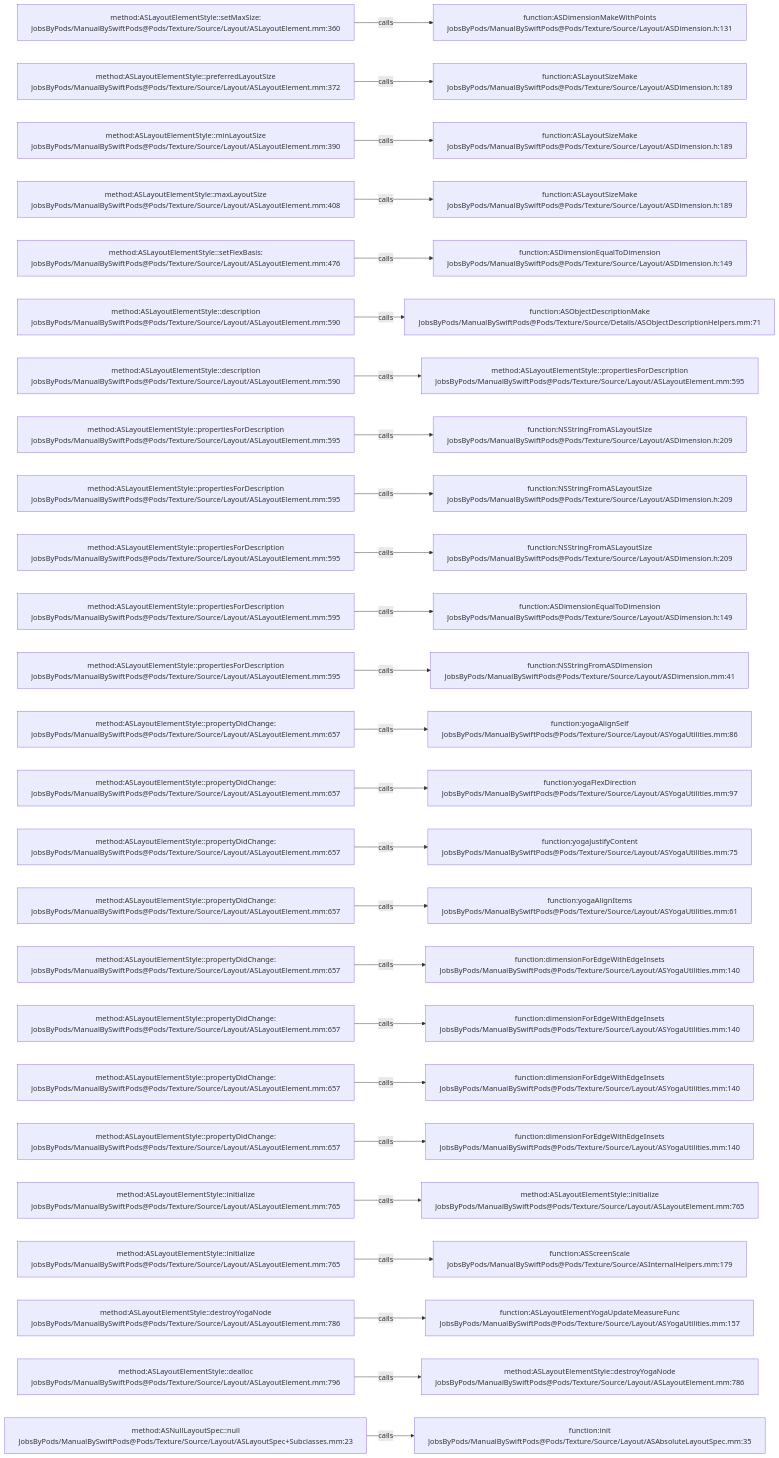
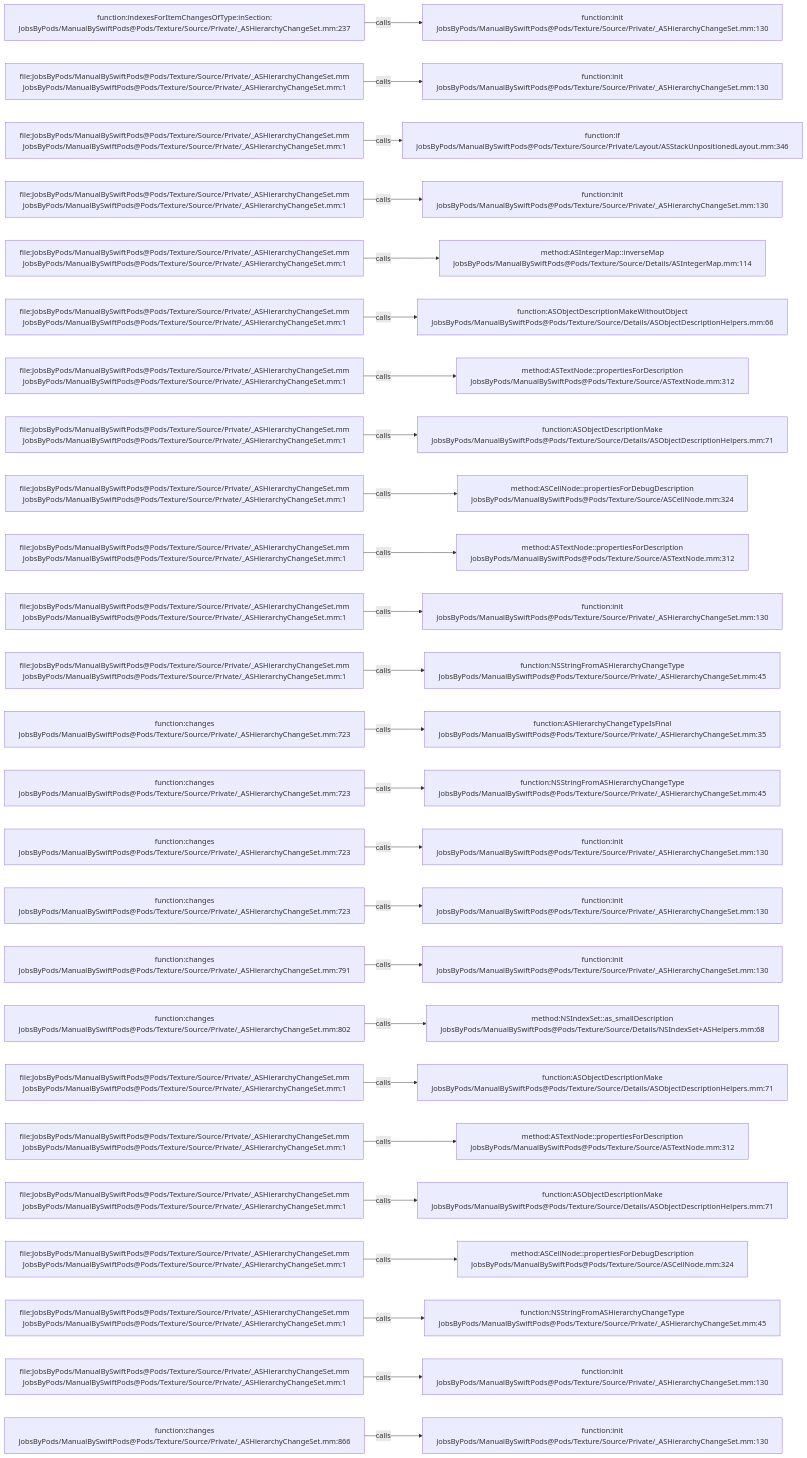
The diagram in .codegraph/codegraph.md/graphs/calls-129.md (JobsKits/JobsSwiftBaseConfigDemo), drawn with Mermaid before and after one commit. The commit also changed 832 other files, not shown here.

````diff
--- a/.codegraph/codegraph.md/graphs/calls-129.md
+++ b/.codegraph/codegraph.md/graphs/calls-129.md
@@ -13,78 +13,78 @@
 ```mermaid
 flowchart LR
-  S1["method:ASLayoutElementStyle::setMaxSize:<br/>JobsByPods/ManualBySwiftPods@Pods/Texture/Source/Layout/ASLayoutElement.mm:360"]
-  T1["function:ASDimensionMakeWithPoints<br/>JobsByPods/ManualBySwiftPods@Pods/Texture/Source/Layout/ASDimension.h:131"]
+  S1["function:indexesForItemChangesOfType:inSection:<br/>JobsByPods/ManualBySwiftPods@Pods/Texture/Source/Private/_ASHierarchyChangeSet.mm:237"]
+  T1["function:init<br/>JobsByPods/ManualBySwiftPods@Pods/Texture/Source/Private/_ASHierarchyChangeSet.mm:130"]
   S1 -->|calls| T1
-  S2["method:ASLayoutElementStyle::preferredLayoutSize<br/>JobsByPods/ManualBySwiftPods@Pods/Texture/Source/Layout/ASLayoutElement.mm:372"]
-  T2["function:ASLayoutSizeMake<br/>JobsByPods/ManualBySwiftPods@Pods/Texture/Source/Layout/ASDimension.h:189"]
+  S2["file:JobsByPods/ManualBySwiftPods@Pods/Texture/Source/Private/_ASHierarchyChangeSet.mm<br/>JobsByPods/ManualBySwiftPods@Pods/Texture/Source/Private/_ASHierarchyChangeSet.mm:1"]
+  T2["function:init<br/>JobsByPods/ManualBySwiftPods@Pods/Texture/Source/Private/_ASHierarchyChangeSet.mm:130"]
   S2 -->|calls| T2
-  S3["method:ASLayoutElementStyle::minLayoutSize<br/>JobsByPods/ManualBySwiftPods@Pods/Texture/Source/Layout/ASLayoutElement.mm:390"]
-  T3["function:ASLayoutSizeMake<br/>JobsByPods/ManualBySwiftPods@Pods/Texture/Source/Layout/ASDimension.h:189"]
+  S3["file:JobsByPods/ManualBySwiftPods@Pods/Texture/Source/Private/_ASHierarchyChangeSet.mm<br/>JobsByPods/ManualBySwiftPods@Pods/Texture/Source/Private/_ASHierarchyChangeSet.mm:1"]
+  T3["function:if<br/>JobsByPods/ManualBySwiftPods@Pods/Texture/Source/Private/Layout/ASStackUnpositionedLayout.mm:346"]
   S3 -->|calls| T3
-  S4["method:ASLayoutElementStyle::maxLayoutSize<br/>JobsByPods/ManualBySwiftPods@Pods/Texture/Source/Layout/ASLayoutElement.mm:408"]
-  T4["function:ASLayoutSizeMake<br/>JobsByPods/ManualBySwiftPods@Pods/Texture/Source/Layout/ASDimension.h:189"]
+  S4["file:JobsByPods/ManualBySwiftPods@Pods/Texture/Source/Private/_ASHierarchyChangeSet.mm<br/>JobsByPods/ManualBySwiftPods@Pods/Texture/Source/Private/_ASHierarchyChangeSet.mm:1"]
+  T4["function:init<br/>JobsByPods/ManualBySwiftPods@Pods/Texture/Source/Private/_ASHierarchyChangeSet.mm:130"]
   S4 -->|calls| T4
-  S5["method:ASLayoutElementStyle::setFlexBasis:<br/>JobsByPods/ManualBySwiftPods@Pods/Texture/Source/Layout/ASLayoutElement.mm:476"]
-  T5["function:ASDimensionEqualToDimension<br/>JobsByPods/ManualBySwiftPods@Pods/Texture/Source/Layout/ASDimension.h:149"]
+  S5["file:JobsByPods/ManualBySwiftPods@Pods/Texture/Source/Private/_ASHierarchyChangeSet.mm<br/>JobsByPods/ManualBySwiftPods@Pods/Texture/Source/Private/_ASHierarchyChangeSet.mm:1"]
+  T5["method:ASIntegerMap::inverseMap<br/>JobsByPods/ManualBySwiftPods@Pods/Texture/Source/Details/ASIntegerMap.mm:114"]
   S5 -->|calls| T5
-  S6["method:ASLayoutElementStyle::description<br/>JobsByPods/ManualBySwiftPods@Pods/Texture/Source/Layout/ASLayoutElement.mm:590"]
-  T6["function:ASObjectDescriptionMake<br/>JobsByPods/ManualBySwiftPods@Pods/Texture/Source/Details/ASObjectDescriptionHelpers.mm:71"]
+  S6["file:JobsByPods/ManualBySwiftPods@Pods/Texture/Source/Private/_ASHierarchyChangeSet.mm<br/>JobsByPods/ManualBySwiftPods@Pods/Texture/Source/Private/_ASHierarchyChangeSet.mm:1"]
+  T6["function:ASObjectDescriptionMakeWithoutObject<br/>JobsByPods/ManualBySwiftPods@Pods/Texture/Source/Details/ASObjectDescriptionHelpers.mm:66"]
   S6 -->|calls| T6
-  S7["method:ASLayoutElementStyle::description<br/>JobsByPods/ManualBySwiftPods@Pods/Texture/Source/Layout/ASLayoutElement.mm:590"]
-  T7["method:ASLayoutElementStyle::propertiesForDescription<br/>JobsByPods/ManualBySwiftPods@Pods/Texture/Source/Layout/ASLayoutElement.mm:595"]
+  S7["file:JobsByPods/ManualBySwiftPods@Pods/Texture/Source/Private/_ASHierarchyChangeSet.mm<br/>JobsByPods/ManualBySwiftPods@Pods/Texture/Source/Private/_ASHierarchyChangeSet.mm:1"]
+  T7["method:ASTextNode::propertiesForDescription<br/>JobsByPods/ManualBySwiftPods@Pods/Texture/Source/ASTextNode.mm:312"]
   S7 -->|calls| T7
-  S8["method:ASLayoutElementStyle::propertiesForDescription<br/>JobsByPods/ManualBySwiftPods@Pods/Texture/Source/Layout/ASLayoutElement.mm:595"]
-  T8["function:NSStringFromASLayoutSize<br/>JobsByPods/ManualBySwiftPods@Pods/Texture/Source/Layout/ASDimension.h:209"]
+  S8["file:JobsByPods/ManualBySwiftPods@Pods/Texture/Source/Private/_ASHierarchyChangeSet.mm<br/>JobsByPods/ManualBySwiftPods@Pods/Texture/Source/Private/_ASHierarchyChangeSet.mm:1"]
+  T8["function:ASObjectDescriptionMake<br/>JobsByPods/ManualBySwiftPods@Pods/Texture/Source/Details/ASObjectDescriptionHelpers.mm:71"]
   S8 -->|calls| T8
-  S9["method:ASLayoutElementStyle::propertiesForDescription<br/>JobsByPods/ManualBySwiftPods@Pods/Texture/Source/Layout/ASLayoutElement.mm:595"]
-  T9["function:NSStringFromASLayoutSize<br/>JobsByPods/ManualBySwiftPods@Pods/Texture/Source/Layout/ASDimension.h:209"]
+  S9["file:JobsByPods/ManualBySwiftPods@Pods/Texture/Source/Private/_ASHierarchyChangeSet.mm<br/>JobsByPods/ManualBySwiftPods@Pods/Texture/Source/Private/_ASHierarchyChangeSet.mm:1"]
+  T9["method:ASCellNode::propertiesForDebugDescription<br/>JobsByPods/ManualBySwiftPods@Pods/Texture/Source/ASCellNode.mm:324"]
   S9 -->|calls| T9
-  S10["method:ASLayoutElementStyle::propertiesForDescription<br/>JobsByPods/ManualBySwiftPods@Pods/Texture/Source/Layout/ASLayoutElement.mm:595"]
-  T10["function:NSStringFromASLayoutSize<br/>JobsByPods/ManualBySwiftPods@Pods/Texture/Source/Layout/ASDimension.h:209"]
+  S10["file:JobsByPods/ManualBySwiftPods@Pods/Texture/Source/Private/_ASHierarchyChangeSet.mm<br/>JobsByPods/ManualBySwiftPods@Pods/Texture/Source/Private/_ASHierarchyChangeSet.mm:1"]
+  T10["method:ASTextNode::propertiesForDescription<br/>JobsByPods/ManualBySwiftPods@Pods/Texture/Source/ASTextNode.mm:312"]
   S10 -->|calls| T10
-  S11["method:ASLayoutElementStyle::propertiesForDescription<br/>JobsByPods/ManualBySwiftPods@Pods/Texture/Source/Layout/ASLayoutElement.mm:595"]
-  T11["function:ASDimensionEqualToDimension<br/>JobsByPods/ManualBySwiftPods@Pods/Texture/Source/Layout/ASDimension.h:149"]
+  S11["file:JobsByPods/ManualBySwiftPods@Pods/Texture/Source/Private/_ASHierarchyChangeSet.mm<br/>JobsByPods/ManualBySwiftPods@Pods/Texture/Source/Private/_ASHierarchyChangeSet.mm:1"]
+  T11["function:init<br/>JobsByPods/ManualBySwiftPods@Pods/Texture/Source/Private/_ASHierarchyChangeSet.mm:130"]
   S11 -->|calls| T11
-  S12["method:ASLayoutElementStyle::propertiesForDescription<br/>JobsByPods/ManualBySwiftPods@Pods/Texture/Source/Layout/ASLayoutElement.mm:595"]
-  T12["function:NSStringFromASDimension<br/>JobsByPods/ManualBySwiftPods@Pods/Texture/Source/Layout/ASDimension.mm:41"]
+  S12["file:JobsByPods/ManualBySwiftPods@Pods/Texture/Source/Private/_ASHierarchyChangeSet.mm<br/>JobsByPods/ManualBySwiftPods@Pods/Texture/Source/Private/_ASHierarchyChangeSet.mm:1"]
+  T12["function:NSStringFromASHierarchyChangeType<br/>JobsByPods/ManualBySwiftPods@Pods/Texture/Source/Private/_ASHierarchyChangeSet.mm:45"]
   S12 -->|calls| T12
-  S13["method:ASLayoutElementStyle::propertyDidChange:<br/>JobsByPods/ManualBySwiftPods@Pods/Texture/Source/Layout/ASLayoutElement.mm:657"]
-  T13["function:yogaAlignSelf<br/>JobsByPods/ManualBySwiftPods@Pods/Texture/Source/Layout/ASYogaUtilities.mm:86"]
+  S13["function:changes<br/>JobsByPods/ManualBySwiftPods@Pods/Texture/Source/Private/_ASHierarchyChangeSet.mm:723"]
+  T13["function:ASHierarchyChangeTypeIsFinal<br/>JobsByPods/ManualBySwiftPods@Pods/Texture/Source/Private/_ASHierarchyChangeSet.mm:35"]
   S13 -->|calls| T13
-  S14["method:ASLayoutElementStyle::propertyDidChange:<br/>JobsByPods/ManualBySwiftPods@Pods/Texture/Source/Layout/ASLayoutElement.mm:657"]
-  T14["function:yogaFlexDirection<br/>JobsByPods/ManualBySwiftPods@Pods/Texture/Source/Layout/ASYogaUtilities.mm:97"]
+  S14["function:changes<br/>JobsByPods/ManualBySwiftPods@Pods/Texture/Source/Private/_ASHierarchyChangeSet.mm:723"]
+  T14["function:NSStringFromASHierarchyChangeType<br/>JobsByPods/ManualBySwiftPods@Pods/Texture/Source/Private/_ASHierarchyChangeSet.mm:45"]
   S14 -->|calls| T14
-  S15["method:ASLayoutElementStyle::propertyDidChange:<br/>JobsByPods/ManualBySwiftPods@Pods/Texture/Source/Layout/ASLayoutElement.mm:657"]
-  T15["function:yogaJustifyContent<br/>JobsByPods/ManualBySwiftPods@Pods/Texture/Source/Layout/ASYogaUtilities.mm:75"]
+  S15["function:changes<br/>JobsByPods/ManualBySwiftPods@Pods/Texture/Source/Private/_ASHierarchyChangeSet.mm:723"]
+  T15["function:init<br/>JobsByPods/ManualBySwiftPods@Pods/Texture/Source/Private/_ASHierarchyChangeSet.mm:130"]
   S15 -->|calls| T15
-  S16["method:ASLayoutElementStyle::propertyDidChange:<br/>JobsByPods/ManualBySwiftPods@Pods/Texture/Source/Layout/ASLayoutElement.mm:657"]
-  T16["function:yogaAlignItems<br/>JobsByPods/ManualBySwiftPods@Pods/Texture/Source/Layout/ASYogaUtilities.mm:61"]
+  S16["function:changes<br/>JobsByPods/ManualBySwiftPods@Pods/Texture/Source/Private/_ASHierarchyChangeSet.mm:723"]
+  T16["function:init<br/>JobsByPods/ManualBySwiftPods@Pods/Texture/Source/Private/_ASHierarchyChangeSet.mm:130"]
   S16 -->|calls| T16
-  S17["method:ASLayoutElementStyle::propertyDidChange:<br/>JobsByPods/ManualBySwiftPods@Pods/Texture/Source/Layout/ASLayoutElement.mm:657"]
-  T17["function:dimensionForEdgeWithEdgeInsets<br/>JobsByPods/ManualBySwiftPods@Pods/Texture/Source/Layout/ASYogaUtilities.mm:140"]
+  S17["function:changes<br/>JobsByPods/ManualBySwiftPods@Pods/Texture/Source/Private/_ASHierarchyChangeSet.mm:791"]
+  T17["function:init<br/>JobsByPods/ManualBySwiftPods@Pods/Texture/Source/Private/_ASHierarchyChangeSet.mm:130"]
   S17 -->|calls| T17
-  S18["method:ASLayoutElementStyle::propertyDidChange:<br/>JobsByPods/ManualBySwiftPods@Pods/Texture/Source/Layout/ASLayoutElement.mm:657"]
-  T18["function:dimensionForEdgeWithEdgeInsets<br/>JobsByPods/ManualBySwiftPods@Pods/Texture/Source/Layout/ASYogaUtilities.mm:140"]
+  S18["function:changes<br/>JobsByPods/ManualBySwiftPods@Pods/Texture/Source/Private/_ASHierarchyChangeSet.mm:802"]
+  T18["method:NSIndexSet::as_smallDescription<br/>JobsByPods/ManualBySwiftPods@Pods/Texture/Source/Details/NSIndexSet+ASHelpers.mm:68"]
   S18 -->|calls| T18
-  S19["method:ASLayoutElementStyle::propertyDidChange:<br/>JobsByPods/ManualBySwiftPods@Pods/Texture/Source/Layout/ASLayoutElement.mm:657"]
-  T19["function:dimensionForEdgeWithEdgeInsets<br/>JobsByPods/ManualBySwiftPods@Pods/Texture/Source/Layout/ASYogaUtilities.mm:140"]
+  S19["file:JobsByPods/ManualBySwiftPods@Pods/Texture/Source/Private/_ASHierarchyChangeSet.mm<br/>JobsByPods/ManualBySwiftPods@Pods/Texture/Source/Private/_ASHierarchyChangeSet.mm:1"]
+  T19["function:ASObjectDescriptionMake<br/>JobsByPods/ManualBySwiftPods@Pods/Texture/Source/Details/ASObjectDescriptionHelpers.mm:71"]
   S19 -->|calls| T19
-  S20["method:ASLayoutElementStyle::propertyDidChange:<br/>JobsByPods/ManualBySwiftPods@Pods/Texture/Source/Layout/ASLayoutElement.mm:657"]
-  T20["function:dimensionForEdgeWithEdgeInsets<br/>JobsByPods/ManualBySwiftPods@Pods/Texture/Source/Layout/ASYogaUtilities.mm:140"]
+  S20["file:JobsByPods/ManualBySwiftPods@Pods/Texture/Source/Private/_ASHierarchyChangeSet.mm<br/>JobsByPods/ManualBySwiftPods@Pods/Texture/Source/Private/_ASHierarchyChangeSet.mm:1"]
+  T20["method:ASTextNode::propertiesForDescription<br/>JobsByPods/ManualBySwiftPods@Pods/Texture/Source/ASTextNode.mm:312"]
   S20 -->|calls| T20
-  S21["method:ASLayoutElementStyle::initialize<br/>JobsByPods/ManualBySwiftPods@Pods/Texture/Source/Layout/ASLayoutElement.mm:765"]
-  T21["method:ASLayoutElementStyle::initialize<br/>JobsByPods/ManualBySwiftPods@Pods/Texture/Source/Layout/ASLayoutElement.mm:765"]
+  S21["file:JobsByPods/ManualBySwiftPods@Pods/Texture/Source/Private/_ASHierarchyChangeSet.mm<br/>JobsByPods/ManualBySwiftPods@Pods/Texture/Source/Private/_ASHierarchyChangeSet.mm:1"]
+  T21["function:ASObjectDescriptionMake<br/>JobsByPods/ManualBySwiftPods@Pods/Texture/Source/Details/ASObjectDescriptionHelpers.mm:71"]
   S21 -->|calls| T21
-  S22["method:ASLayoutElementStyle::initialize<br/>JobsByPods/ManualBySwiftPods@Pods/Texture/Source/Layout/ASLayoutElement.mm:765"]
-  T22["function:ASScreenScale<br/>JobsByPods/ManualBySwiftPods@Pods/Texture/Source/ASInternalHelpers.mm:179"]
+  S22["file:JobsByPods/ManualBySwiftPods@Pods/Texture/Source/Private/_ASHierarchyChangeSet.mm<br/>JobsByPods/ManualBySwiftPods@Pods/Texture/Source/Private/_ASHierarchyChangeSet.mm:1"]
+  T22["method:ASCellNode::propertiesForDebugDescription<br/>JobsByPods/ManualBySwiftPods@Pods/Texture/Source/ASCellNode.mm:324"]
   S22 -->|calls| T22
-  S23["method:ASLayoutElementStyle::destroyYogaNode<br/>JobsByPods/ManualBySwiftPods@Pods/Texture/Source/Layout/ASLayoutElement.mm:786"]
-  T23["function:ASLayoutElementYogaUpdateMeasureFunc<br/>JobsByPods/ManualBySwiftPods@Pods/Texture/Source/Layout/ASYogaUtilities.mm:157"]
+  S23["file:JobsByPods/ManualBySwiftPods@Pods/Texture/Source/Private/_ASHierarchyChangeSet.mm<br/>JobsByPods/ManualBySwiftPods@Pods/Texture/Source/Private/_ASHierarchyChangeSet.mm:1"]
+  T23["function:NSStringFromASHierarchyChangeType<br/>JobsByPods/ManualBySwiftPods@Pods/Texture/Source/Private/_ASHierarchyChangeSet.mm:45"]
   S23 -->|calls| T23
-  S24["method:ASLayoutElementStyle::dealloc<br/>JobsByPods/ManualBySwiftPods@Pods/Texture/Source/Layout/ASLayoutElement.mm:796"]
-  T24["method:ASLayoutElementStyle::destroyYogaNode<br/>JobsByPods/ManualBySwiftPods@Pods/Texture/Source/Layout/ASLayoutElement.mm:786"]
+  S24["file:JobsByPods/ManualBySwiftPods@Pods/Texture/Source/Private/_ASHierarchyChangeSet.mm<br/>JobsByPods/ManualBySwiftPods@Pods/Texture/Source/Private/_ASHierarchyChangeSet.mm:1"]
+  T24["function:init<br/>JobsByPods/ManualBySwiftPods@Pods/Texture/Source/Private/_ASHierarchyChangeSet.mm:130"]
   S24 -->|calls| T24
-  S25["method:ASNullLayoutSpec::null<br/>JobsByPods/ManualBySwiftPods@Pods/Texture/Source/Layout/ASLayoutSpec+Subclasses.mm:23"]
-  T25["function:init<br/>JobsByPods/ManualBySwiftPods@Pods/Texture/Source/Layout/ASAbsoluteLayoutSpec.mm:35"]
+  S25["function:changes<br/>JobsByPods/ManualBySwiftPods@Pods/Texture/Source/Private/_ASHierarchyChangeSet.mm:866"]
+  T25["function:init<br/>JobsByPods/ManualBySwiftPods@Pods/Texture/Source/Private/_ASHierarchyChangeSet.mm:130"]
   S25 -->|calls| T25
 ```
````
